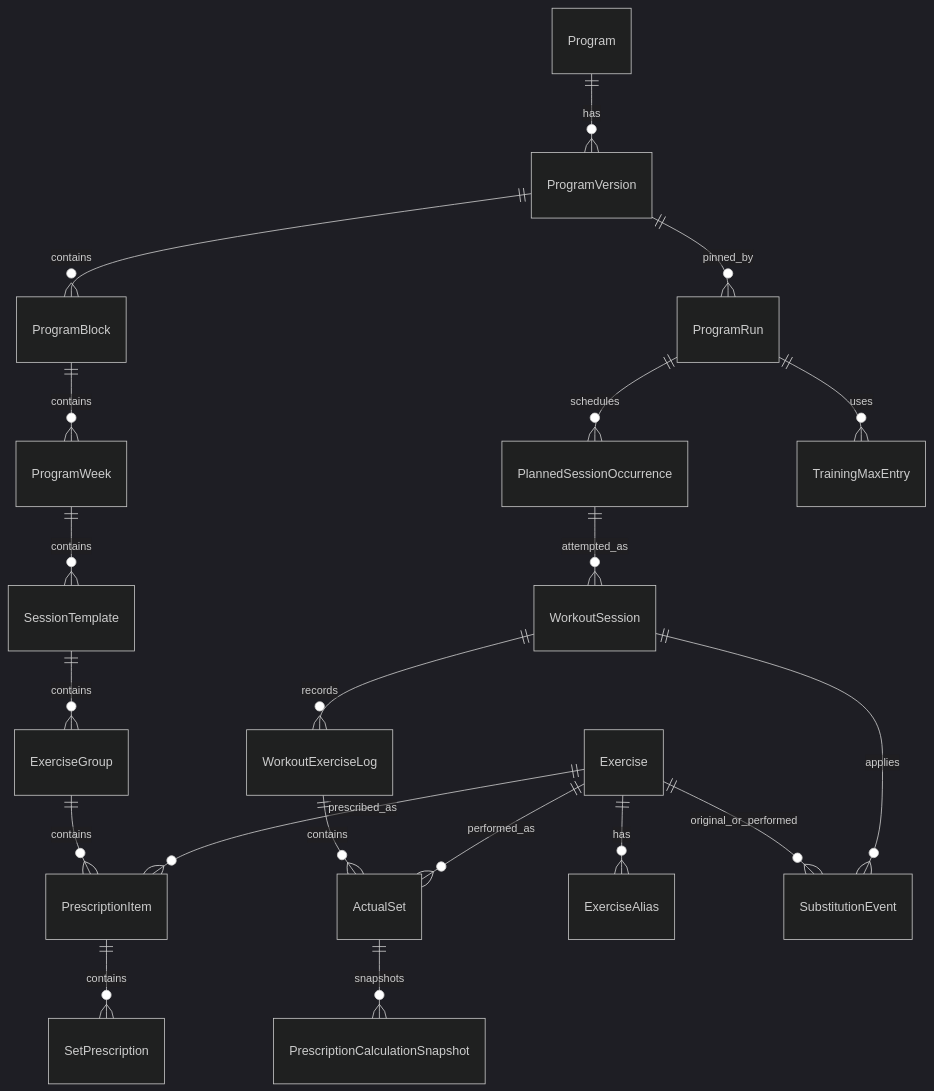
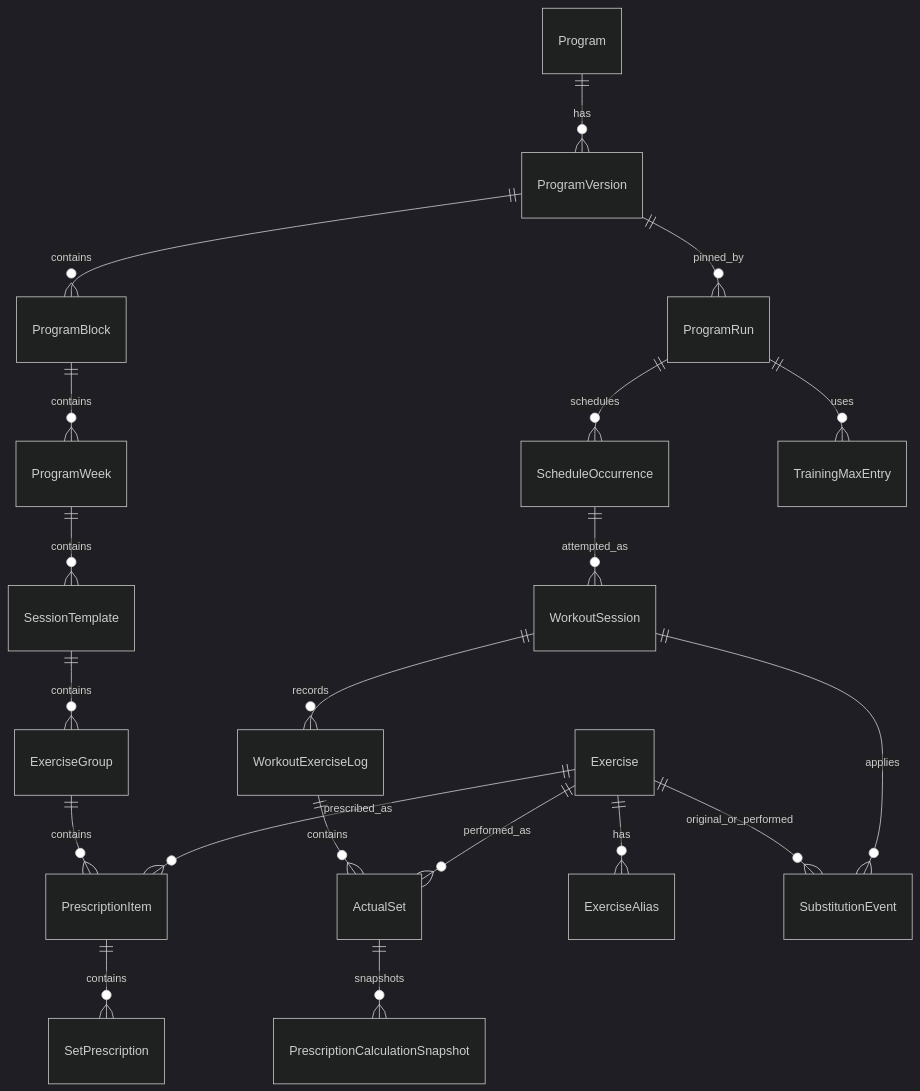
One commit to BerserkerDotNet/Liftorium changed the fifth of 15 diagrams in docs/architecture.md. Above: the diagram before and after it, drawn with Mermaid (dark theme). The commit also changed other lines of this file and 86 other files, not shown here.

````diff
--- a/docs/architecture.md
+++ b/docs/architecture.md
@@ -300,25 +300,25 @@
 ```mermaid
 erDiagram
     Program ||--o{ ProgramVersion : has
     ProgramVersion ||--o{ ProgramBlock : contains
     ProgramBlock ||--o{ ProgramWeek : contains
     ProgramWeek ||--o{ SessionTemplate : contains
     SessionTemplate ||--o{ ExerciseGroup : contains
     ExerciseGroup ||--o{ PrescriptionItem : contains
     PrescriptionItem ||--o{ SetPrescription : contains
 
     ProgramVersion ||--o{ ProgramRun : pinned_by
-    ProgramRun ||--o{ PlannedSessionOccurrence : schedules
-    PlannedSessionOccurrence ||--o{ WorkoutSession : attempted_as
+    ProgramRun ||--o{ ScheduleOccurrence : schedules
+    ScheduleOccurrence ||--o{ WorkoutSession : attempted_as
     WorkoutSession ||--o{ WorkoutExerciseLog : records
     WorkoutExerciseLog ||--o{ ActualSet : contains
 
     Exercise ||--o{ ExerciseAlias : has
     Exercise ||--o{ PrescriptionItem : prescribed_as
     Exercise ||--o{ ActualSet : performed_as
     Exercise ||--o{ SubstitutionEvent : original_or_performed
 
     ProgramRun ||--o{ TrainingMaxEntry : uses
     ActualSet ||--o{ PrescriptionCalculationSnapshot : snapshots
     WorkoutSession ||--o{ SubstitutionEvent : applies
 ```
````
